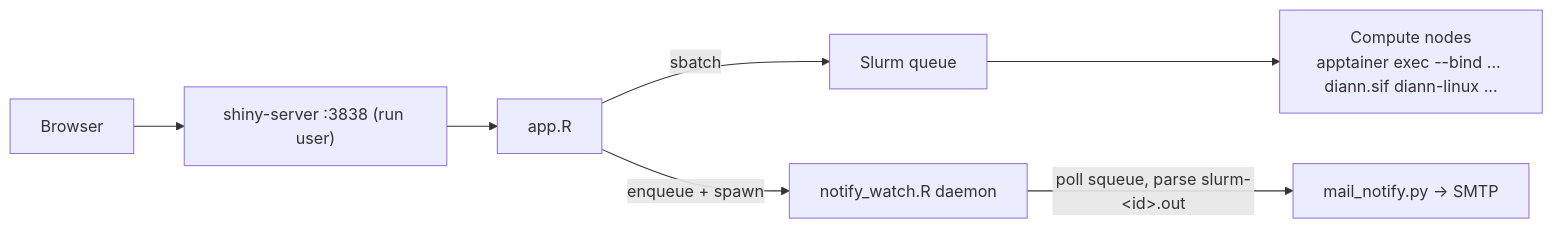
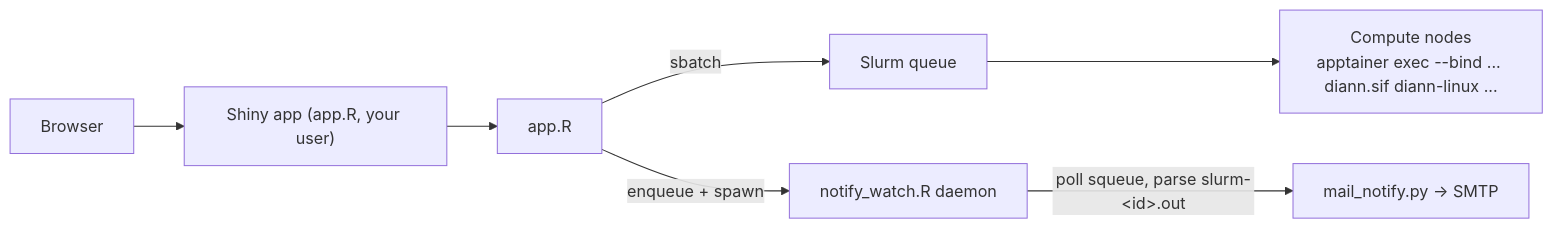
The diagram in README.md (zhangdong360/diann-gui), drawn with Mermaid before and after one commit. The commit also changed other lines of this file and 6 other files, not shown here.

````diff
--- a/README.md
+++ b/README.md
@@ -43,9 +78,9 @@
 ```mermaid
 flowchart LR
-    B[Browser] --> SS["shiny-server :3838 (run user)"]
+    B[Browser] --> SS["Shiny app (app.R, your user)"]
     SS --> A["app.R"]
     A -->|"sbatch"| Q[Slurm queue]
     Q --> CN["Compute nodes<br/>apptainer exec --bind ... diann.sif diann-linux ..."]
     A -->|"enqueue + spawn"| W["notify_watch.R daemon"]
     W -->|"poll squeue, parse slurm-&lt;id&gt;.out"| M["mail_notify.py → SMTP"]
 ```
````
